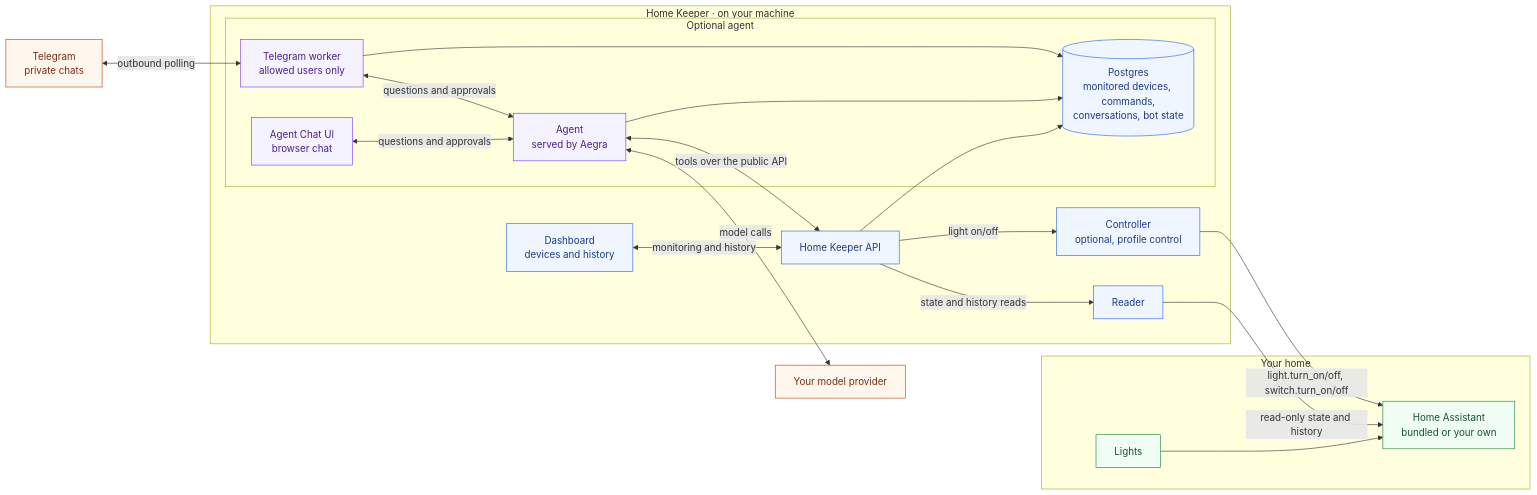
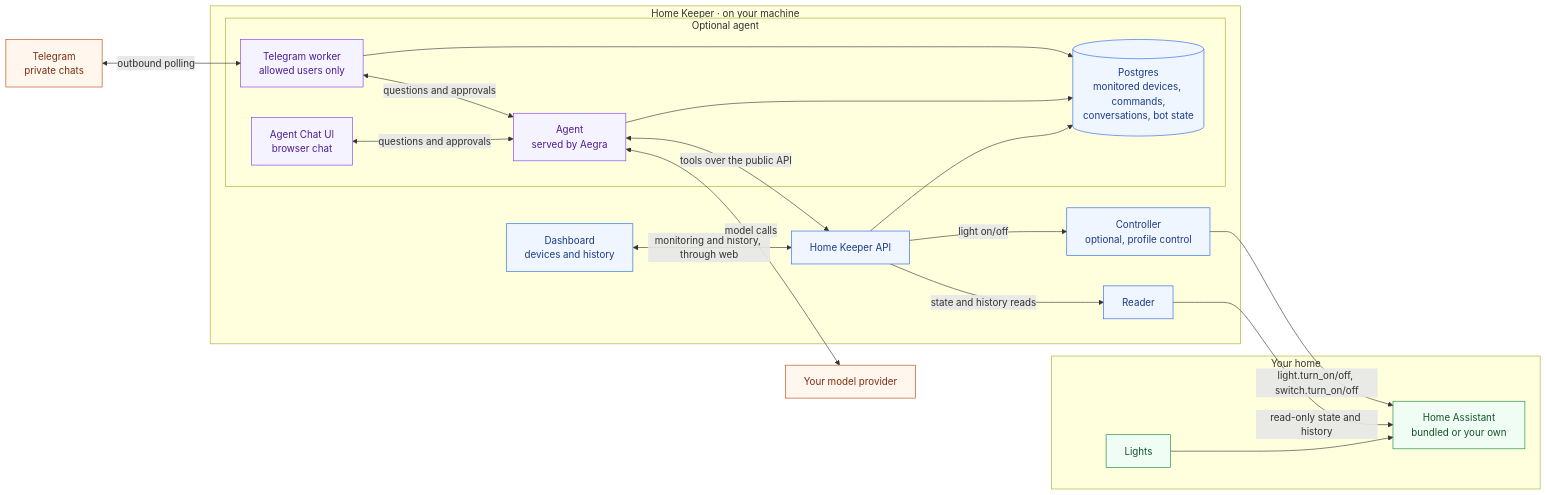
One commit to alitaghub/home-keeper changed the diagram in README.md. Above: the diagram before and after it, drawn with Mermaid. The commit also changed other lines of this file and 15 other files, not shown here.

First line of the commit message:
feat(web): serve the dashboard from its own container (#38)

````diff
--- a/README.md
+++ b/README.md
@@ -21,44 +21,44 @@
 ```mermaid
 flowchart LR
     subgraph home["Your home"]
         lights["Lights"] --> ha["Home Assistant<br/>bundled or your own"]
     end
 
     subgraph keeper["Home Keeper · on your machine"]
         reader["Reader"]
         api["Home Keeper API"]
         db[("Postgres<br/>monitored devices, commands,<br/>conversations, bot state")]
         dashboard["Dashboard<br/>devices and history"]
         api -- "state and history reads" --> reader
-        dashboard <-->|"monitoring and history"| api
+        dashboard <-->|"monitoring and history, through web"| api
         api --> db
         controller["Controller<br/>optional, profile control"]
         api -- "light on/off" --> controller
 
         subgraph optional["Optional agent"]
             chat["Agent Chat UI<br/>browser chat"]
             agent["Agent<br/>served by Aegra"]
             bot["Telegram worker<br/>allowed users only"]
             chat <-->|"questions and approvals"| agent
             bot <-->|"questions and approvals"| agent
             agent --> db
             bot --> db
         end
 
         agent <-->|"tools over the public API"| api
     end
 
     reader -- "read-only state and history" --> ha
     controller -- "light.turn_on/off, switch.turn_on/off" --> ha
     telegram["Telegram<br/>private chats"] <-->|"outbound polling"| bot
     agent <-->|"model calls"| model["Your model provider"]
 
     classDef homeNode fill:#f0fdf4,stroke:#15803d,color:#14532d
     classDef keeperNode fill:#eff6ff,stroke:#2563eb,color:#1e3a8a
     classDef agentNode fill:#f5f3ff,stroke:#7c3aed,color:#4c1d95
     classDef externalNode fill:#fff7ed,stroke:#c2410c,color:#7c2d12
     class lights,ha homeNode
     class reader,api,db,dashboard,controller keeperNode
     class chat,agent,bot agentNode
     class telegram,model externalNode
 ```
````
